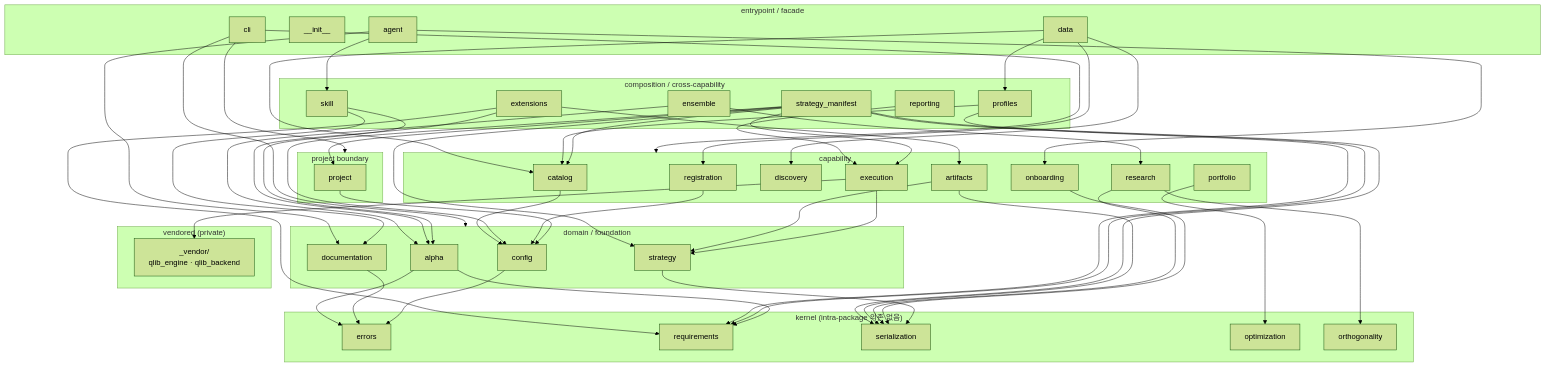
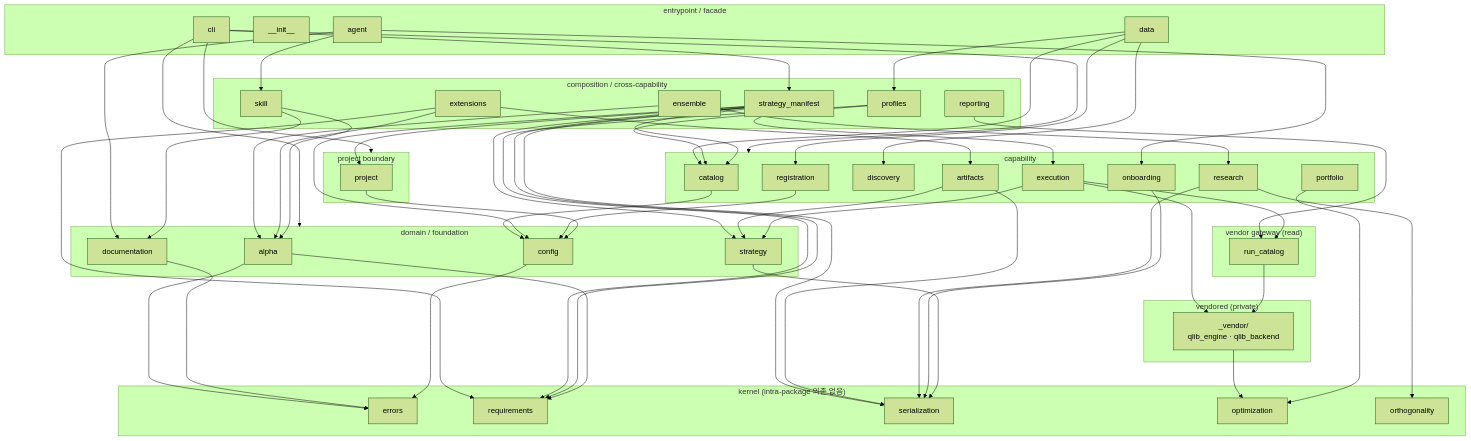
The second of 15 diagrams in docs/qlibx-architecture.md (jaepil-choi/qlibx), drawn with Mermaid (forest theme) before and after one commit. The commit also changed other lines of this file and 21 other files, not shown here.

```diff
--- a/docs/qlibx-architecture.md
+++ b/docs/qlibx-architecture.md
@@ -115,6 +115,10 @@
         project["project"]
     end
 
+    subgraph LRC["vendor gateway (read)"]
+        runcat["run_catalog"]
+    end
+
     subgraph L1["domain / foundation"]
         alpha["alpha"]
         strategy["strategy"]
@@ -137,6 +141,7 @@
     cli --> L1
     cli --> L2
     cli --> L3
+    cli --> sm
     dataf --> catalog
     dataf --> registration
     dataf --> discovery
@@ -147,7 +152,7 @@
 
     ensemble --> alpha
     ensemble --> research
-    reporting --> execution
+    reporting --> runcat
     extensions --> alpha
     extensions --> artifacts
     extensions --> requirements
@@ -170,7 +175,10 @@
     research --> orthogonality
     research --> serialization
     execution --> strategy
+    execution --> runcat
     execution --> vendor
+    runcat --> vendor
+    vendor --> optimization
     portfolio --> optimization
     onboarding --> serialization
 
```
